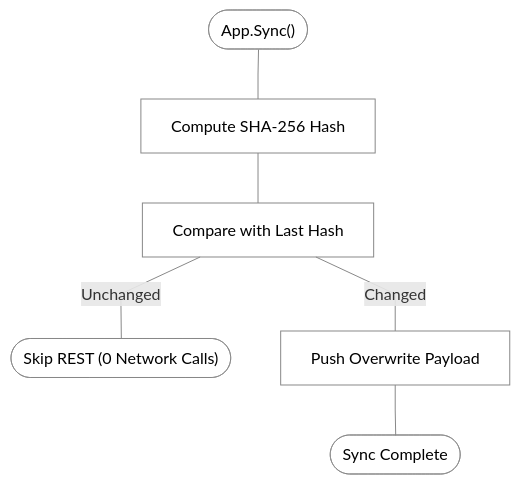
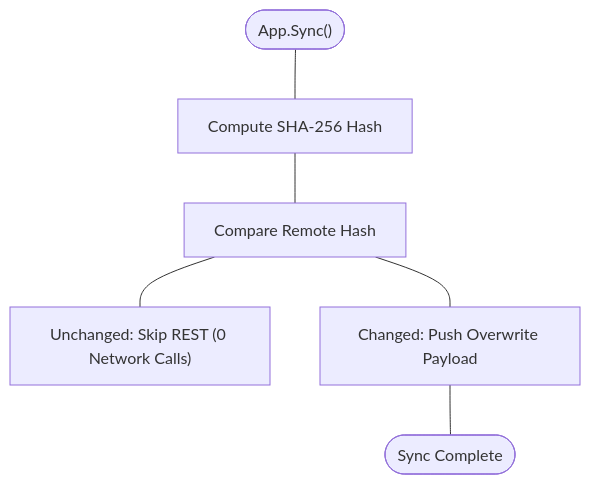
One commit to sfossl/gdk changed the diagram in .docs/sync.md. Above: the diagram before and after it, drawn with Mermaid. The commit also changed 4 other files, not shown here.

Commit message:
update diagrams

````diff
--- a/.docs/sync.md
+++ b/.docs/sync.md
@@ -9,11 +9,8 @@
 ```mermaid
-%%{init: {'flowchart': {'curve': 'linear'}, 'themeVariables': {'lineColor': '#888'}}}%%
 flowchart TD
-    classDef default fill:transparent,stroke:#888,stroke-width:1px,color:inherit
-
     Start(["App.Sync()"]) --- Hash["Compute SHA-256 Hash"]
-    Hash --- Match["Compare with Last Hash"]
-    Match ---|Unchanged| Skip(["Skip REST (0 Network Calls)"])
-    Match ---|Changed| Push["Push Overwrite Payload"]
+    Hash --- Match["Compare Remote Hash"]
+    Match --- Skip["Unchanged: Skip REST (0 Network Calls)"]
+    Match --- Push["Changed: Push Overwrite Payload"]
     Push --- Done(["Sync Complete"])
 ```
````
